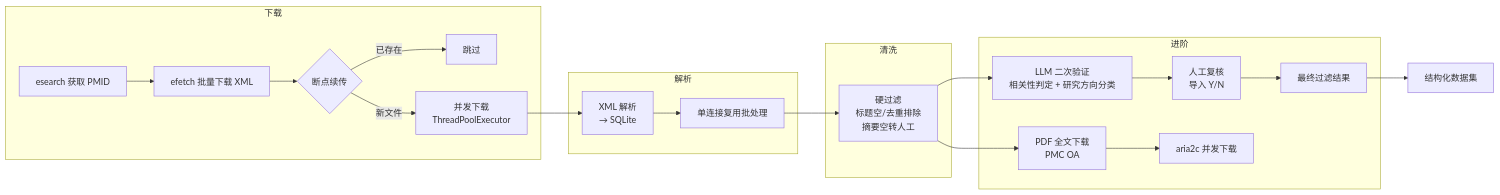
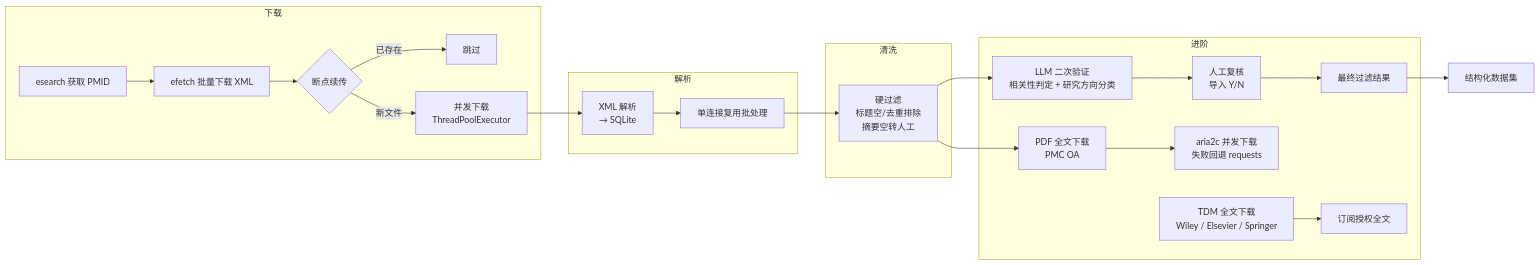
Before and after one commit to Nine-Days06/Potato-Literature-Search: the diagram in README.md, drawn with Mermaid. The commit also changed other lines of this file and 1 other file, not shown here.

````diff
--- a/README.md
+++ b/README.md
@@ -66,29 +69,30 @@
 ```mermaid
 flowchart LR
     subgraph 下载
         A[esearch 获取 PMID] --> B[efetch 批量下载 XML]
         B --> C{断点续传}
         C -->|已存在| D[跳过]
         C -->|新文件| E[并发下载<br>ThreadPoolExecutor]
     end
 
     subgraph 解析
         F[XML 解析<br>→ SQLite] --> G[单连接复用批处理]
     end
 
     subgraph 清洗
         H[硬过滤<br>标题空/去重排除<br>摘要空转人工]
     end
 
     subgraph 进阶
         I[LLM 二次验证<br>相关性判定 + 研究方向分类] --> J[人工复核<br>导入 Y/N]
         J --> K[最终过滤结果]
-        L[PDF 全文下载<br>PMC OA] --> M[aria2c 并发下载]
+        L[PDF 全文下载<br>PMC OA] --> M[aria2c 并发下载<br>失败回退 requests]
+        O[TDM 全文下载<br>Wiley / Elsevier / Springer] --> P[订阅授权全文]
     end
 
     E --> F
     G --> H
     H --> I
     H --> L
     K --> N[结构化数据集]
 ```
````
